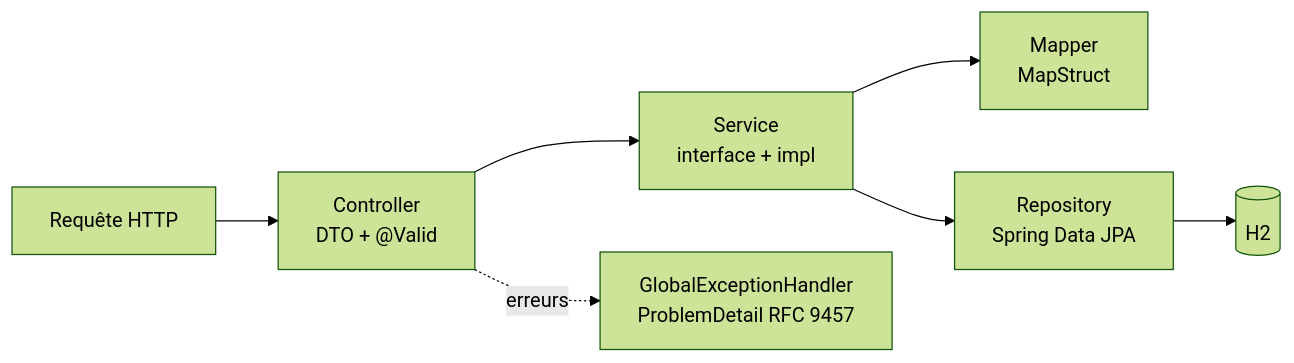
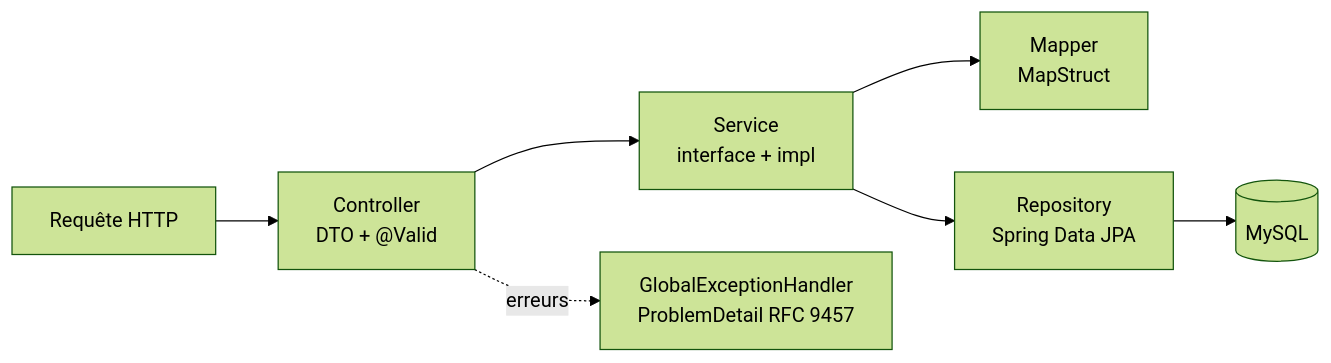
One commit to touihri6/library-management changed the second of 2 diagrams in documentation/diagrams/architecture/architecture-logique.md. Above: the diagram before and after it, drawn with Mermaid (forest theme). The commit also changed 35 other files, not shown here.

````diff
--- a/documentation/diagrams/architecture/architecture-logique.md
+++ b/documentation/diagrams/architecture/architecture-logique.md
@@ -58,9 +58,9 @@
 ```mermaid
 flowchart LR
     HTTP["Requête HTTP"] --> C["Controller<br/>DTO + @Valid"]
     C --> S["Service<br/>interface + impl"]
     S --> M["Mapper<br/>MapStruct"]
     S --> R["Repository<br/>Spring Data JPA"]
-    R --> DB[("H2")]
+    R --> DB[("MySQL")]
     C -. erreurs .-> H["GlobalExceptionHandler<br/>ProblemDetail RFC 9457"]
 ```
````
